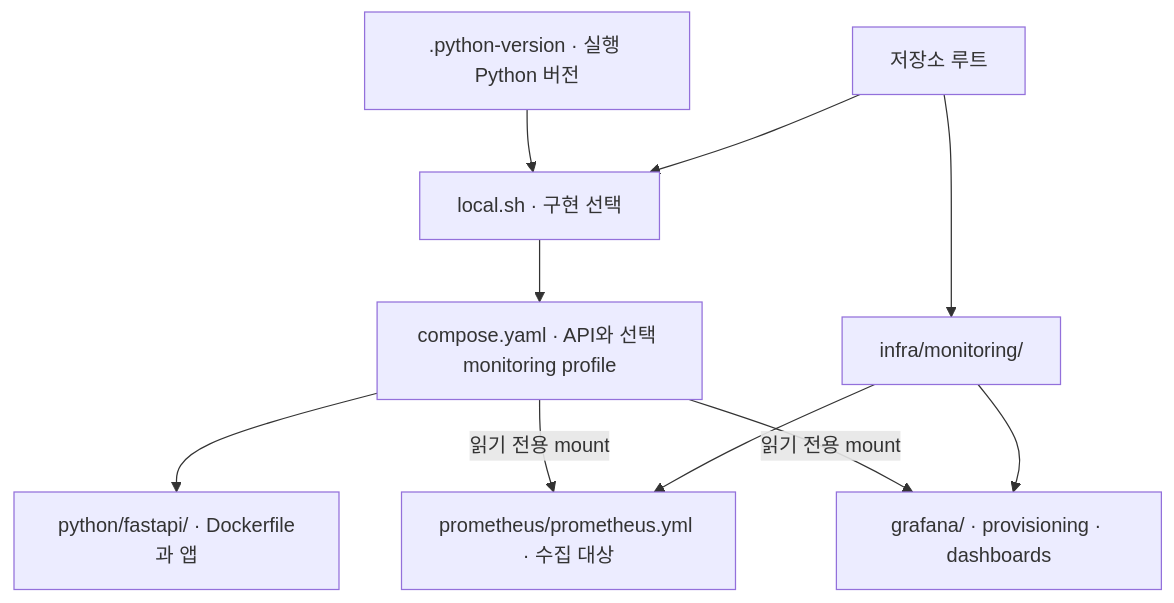
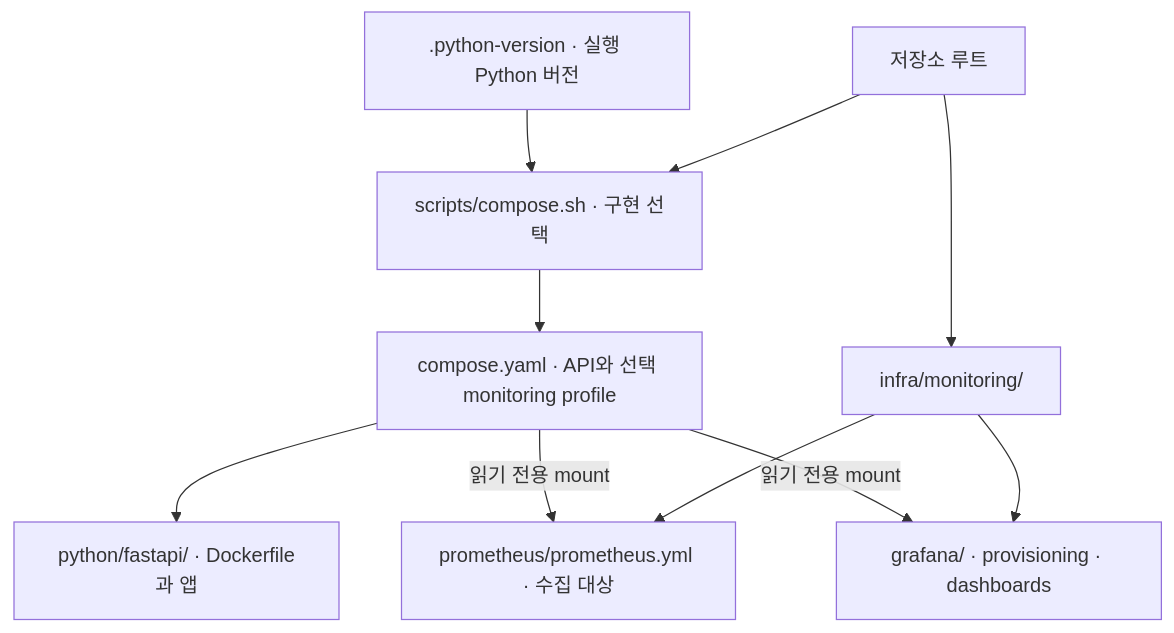
One commit to Dae-Jeong/backend-template changed the third of 3 diagrams in design/implementations/fastapi-structure.md. Above: the diagram before and after it, drawn with Mermaid. The commit also changed other lines of this file and 9 other files, not shown here.

````diff
--- a/design/implementations/fastapi-structure.md
+++ b/design/implementations/fastapi-structure.md
@@ -127,12 +131,12 @@
 ```mermaid
 flowchart TD
-    ROOT["저장소 루트"] --> SELECT["local.sh · 구현 선택"]
+    ROOT["저장소 루트"] --> SELECT["scripts/compose.sh · 구현 선택"]
     VERSION[".python-version · 실행 Python 버전"] --> SELECT
     SELECT --> BASE["compose.yaml · API와 선택 monitoring profile"]
     BASE --> APP["python/fastapi/ · Dockerfile과 앱"]
     ROOT --> INFRA["infra/monitoring/"]
     INFRA --> PROM["prometheus/prometheus.yml · 수집 대상"]
     INFRA --> GRAFANA["grafana/ · provisioning · dashboards"]
     BASE -->|"읽기 전용 mount"| PROM
     BASE -->|"읽기 전용 mount"| GRAFANA
 ```
````
